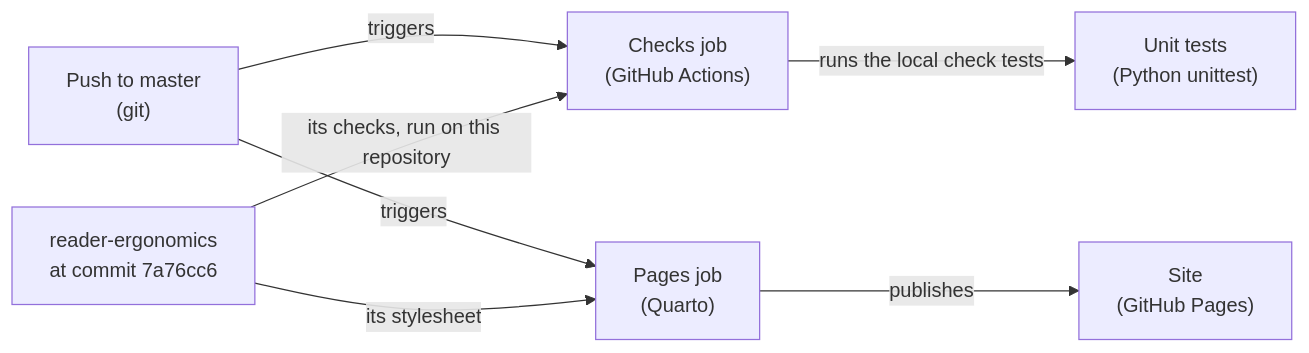
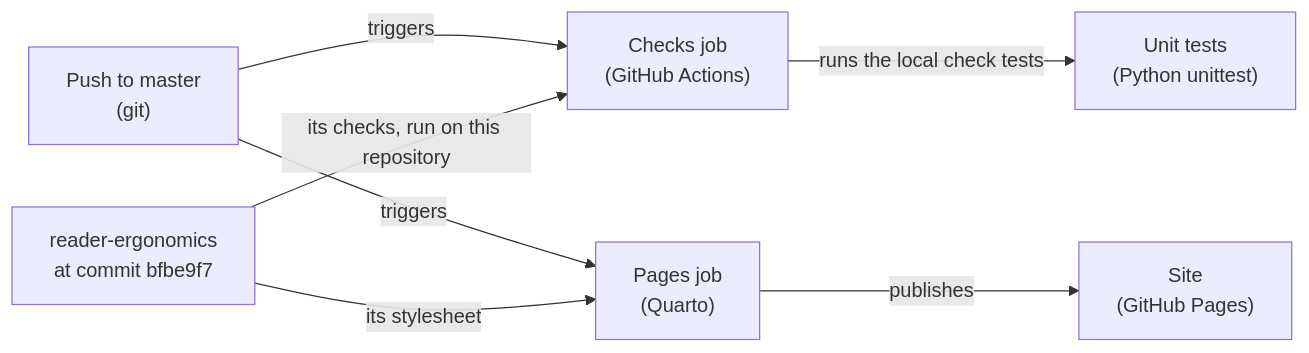
Before and after one commit to Tewf/reader-ergonomics-software-design: the diagram in shapes/system-diagram.md, drawn with Mermaid. The commit also changed other lines of this file and 28 other files, not shown here.

First line of the commit message:
Pin reader-ergonomics v1.18.2 and start the changelog

````diff
--- a/shapes/system-diagram.md
+++ b/shapes/system-diagram.md
@@ -80,9 +80,9 @@
 ```mermaid
 flowchart LR
     push["Push to master<br/>(git)"] -->|"triggers"| checks["Checks job<br/>(GitHub Actions)"]
-    standard["reader-ergonomics<br/>at commit 7a76cc6"] -->|"its checks, run on this repository"| checks
+    standard["reader-ergonomics<br/>at commit bfbe9f7"] -->|"its checks, run on this repository"| checks
     checks -->|"runs the local check tests"| tests["Unit tests<br/>(Python unittest)"]
     push -->|"triggers"| pages["Pages job<br/>(Quarto)"]
     standard -->|"its stylesheet"| pages
     pages -->|"publishes"| site["Site<br/>(GitHub Pages)"]
 ```
````
